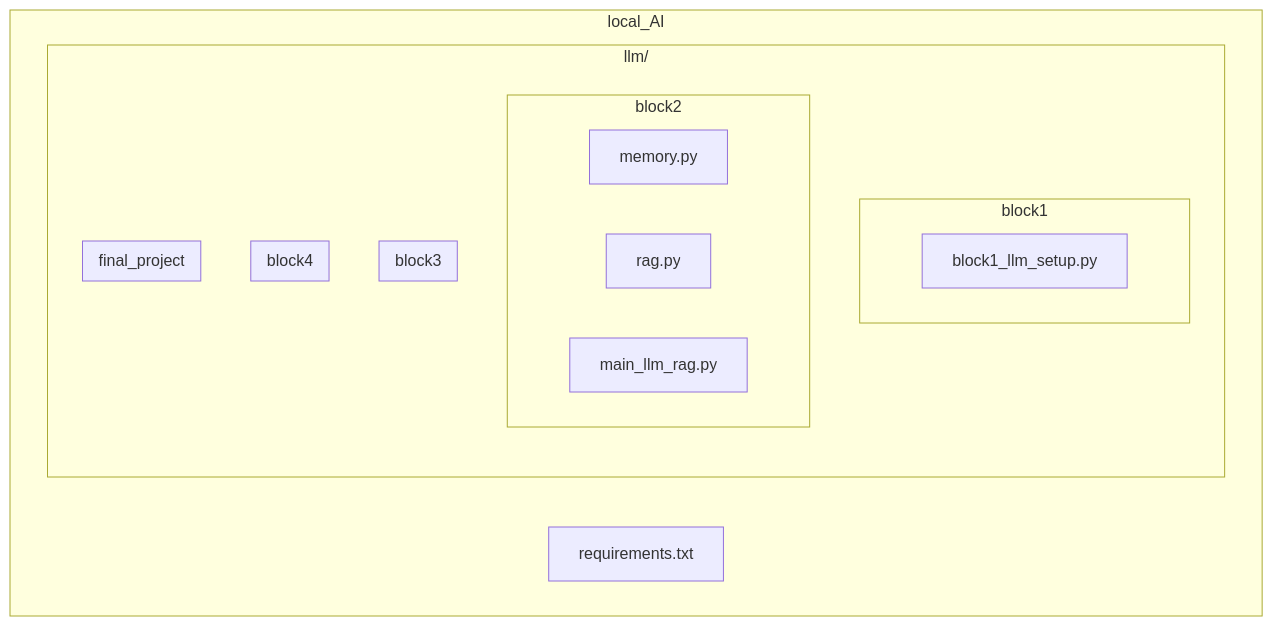
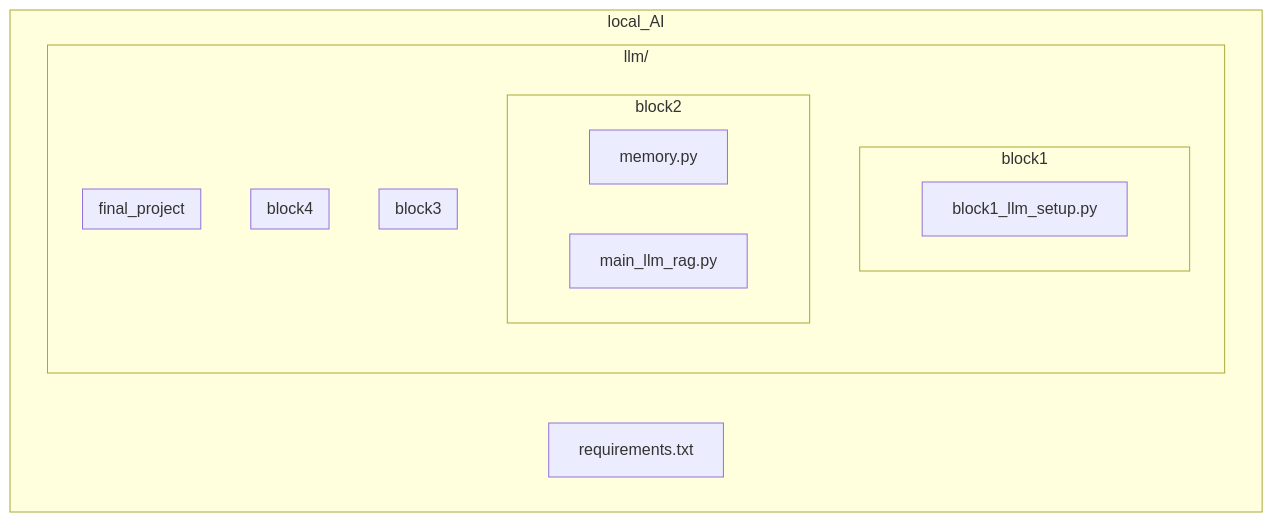
The diagram in README.md (d1seternal/local_AI), drawn with Mermaid before and after one commit.

````diff
--- a/README.md
+++ b/README.md
@@ -11,30 +11,29 @@
 ```mermaid
 graph TD
     subgraph "local_AI"
         A[requirements.txt]
         
         subgraph LLM[llm/]
             subgraph B1[block1]
                 B1F[block1_llm_setup.py]
             end
             
             subgraph B2[block2]
                 B2F1[memory.py]
-                B2F2[rag.py]
-                B2F3[main_llm_rag.py]
+                B2F2[main_llm_rag.py]
             end
             
             subgraph B3[block3]
                 
             end
             
             subgraph B4[block4]
                 
             end
             
             subgraph FP[final_project]
                 
             end
         end
     end
 ```
````
